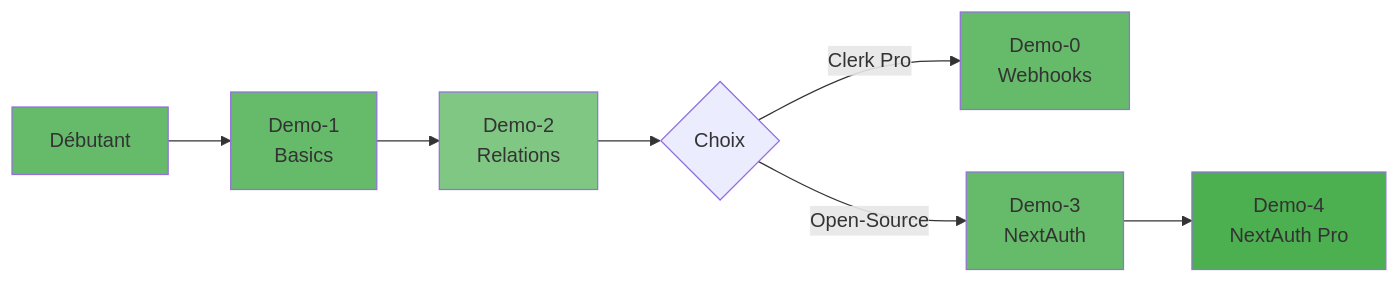
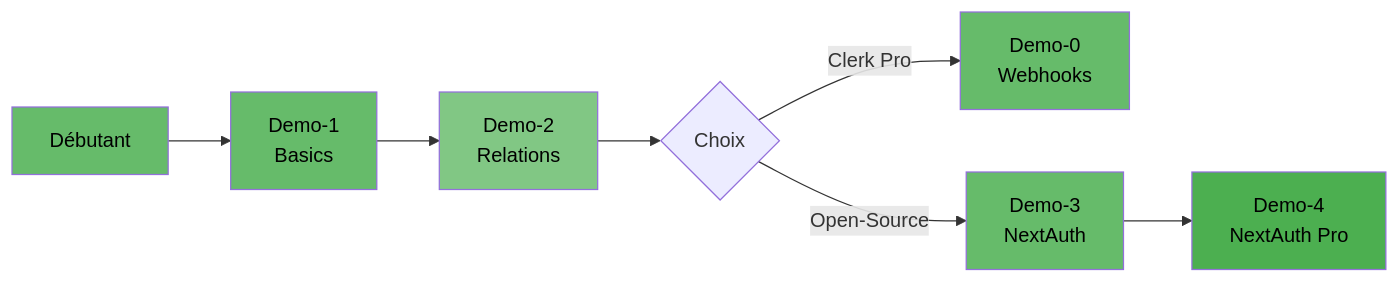
Diagram 31 of 39 in 02-DIAGRAMMES_ARCHITECTURES.md (inskillflow/auths-1-NEXTJS-introduction), drawn with Mermaid before and after one commit. The commit also changed other lines of this file, not shown here.

````diff
--- a/02-DIAGRAMMES_ARCHITECTURES.md
+++ b/02-DIAGRAMMES_ARCHITECTURES.md
@@ -1012,18 +1012,18 @@
 ```mermaid
 graph LR
     START[Débutant] --> D1[Demo-1<br/>Basics]
     D1 --> D2[Demo-2<br/>Relations]
     D2 --> CHOICE{Choix}
     
     CHOICE -->|Clerk Pro| D0[Demo-0<br/>Webhooks]
     CHOICE -->|Open-Source| D3[Demo-3<br/>NextAuth]
     
     D3 --> D4[Demo-4<br/>NextAuth Pro]
     
-    style START fill:#66bb6a
-    style D1 fill:#66bb6a
-    style D2 fill:#81c784
-    style D0 fill:#66bb6a
-    style D3 fill:#66bb6a
-    style D4 fill:#4caf50
+    style START fill:#66bb6a,color:#000
+    style D1 fill:#66bb6a,color:#000
+    style D2 fill:#81c784,color:#000
+    style D0 fill:#66bb6a,color:#000
+    style D3 fill:#66bb6a,color:#000
+    style D4 fill:#4caf50,color:#000
 ```
````
